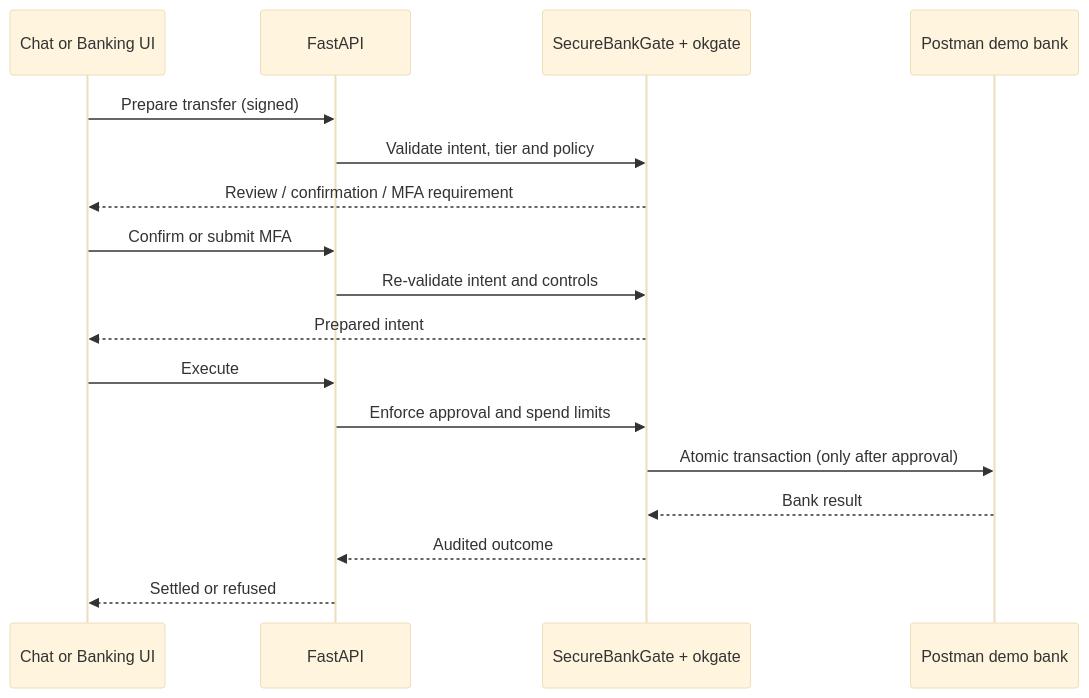
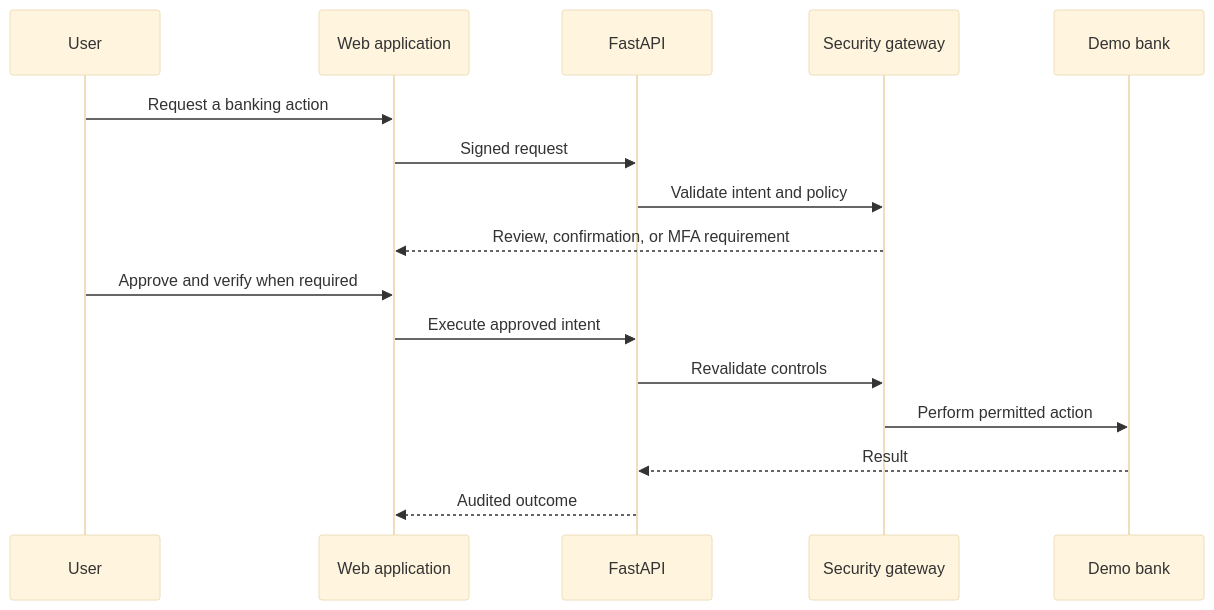
One commit to Shudipto-creator/CASHFLOW changed the second of 2 diagrams in README.md. Above: the diagram before and after it, drawn with Mermaid (base theme). The commit also changed other lines of this file and 35 other files, not shown here.

````diff
--- a/README.md
+++ b/README.md
@@ -78,20 +45,19 @@
 ```mermaid
 sequenceDiagram
-    participant C as Chat or Banking UI
-    participant A as FastAPI
-    participant G as SecureBankGate + okgate
-    participant B as Postman demo bank
+    participant U as User
+    participant UI as Web application
+    participant API as FastAPI
+    participant G as Security gateway
+    participant B as Demo bank
 
-    C->>A: Prepare transfer (signed)
-    A->>G: Validate intent, tier and policy
-    G-->>C: Review / confirmation / MFA requirement
-    C->>A: Confirm or submit MFA
-    A->>G: Re-validate intent and controls
-    G-->>C: Prepared intent
-    C->>A: Execute
-    A->>G: Enforce approval and spend limits
-    G->>B: Atomic transaction (only after approval)
-    B-->>G: Bank result
-    G-->>A: Audited outcome
-    A-->>C: Settled or refused
+    U->>UI: Request a banking action
+    UI->>API: Signed request
+    API->>G: Validate intent and policy
+    G-->>UI: Review, confirmation, or MFA requirement
+    U->>UI: Approve and verify when required
+    UI->>API: Execute approved intent
+    API->>G: Revalidate controls
+    G->>B: Perform permitted action
+    B-->>API: Result
+    API-->>UI: Audited outcome
 ```
````
